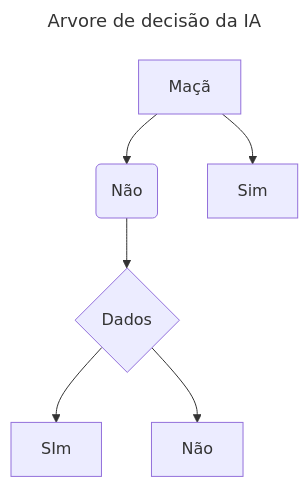
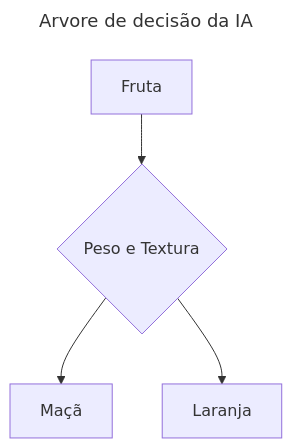
The diagram in README.md (AndreMoreira00/AI_Aplle_or_Orange), drawn with Mermaid before and after one commit.

````diff
--- a/README.md
+++ b/README.md
@@ -5,11 +5,10 @@
 ```mermaid
 ---
 title: Arvore de decisão da IA
 ---
 flowchart
-    A[Maçã] --> B(Não)
-    A --> F[Sim]
-    B --> C{Dados}
-    C --> D[SIm]
-    C --> E[Não]
+    A[Fruta]
+    A --> C{Peso e Textura}
+    C --> D[Maçã]
+    C --> E[Laranja]
 ```
````
